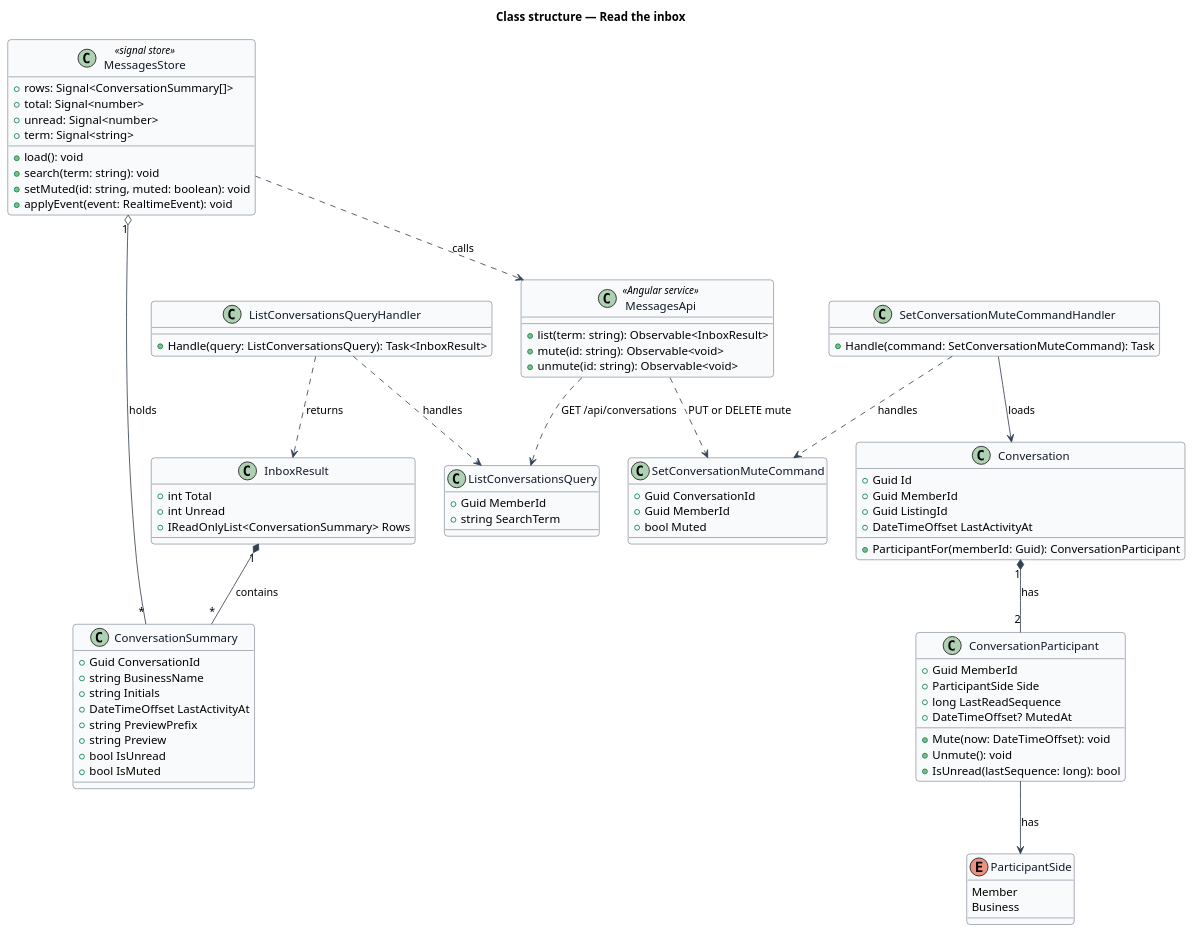
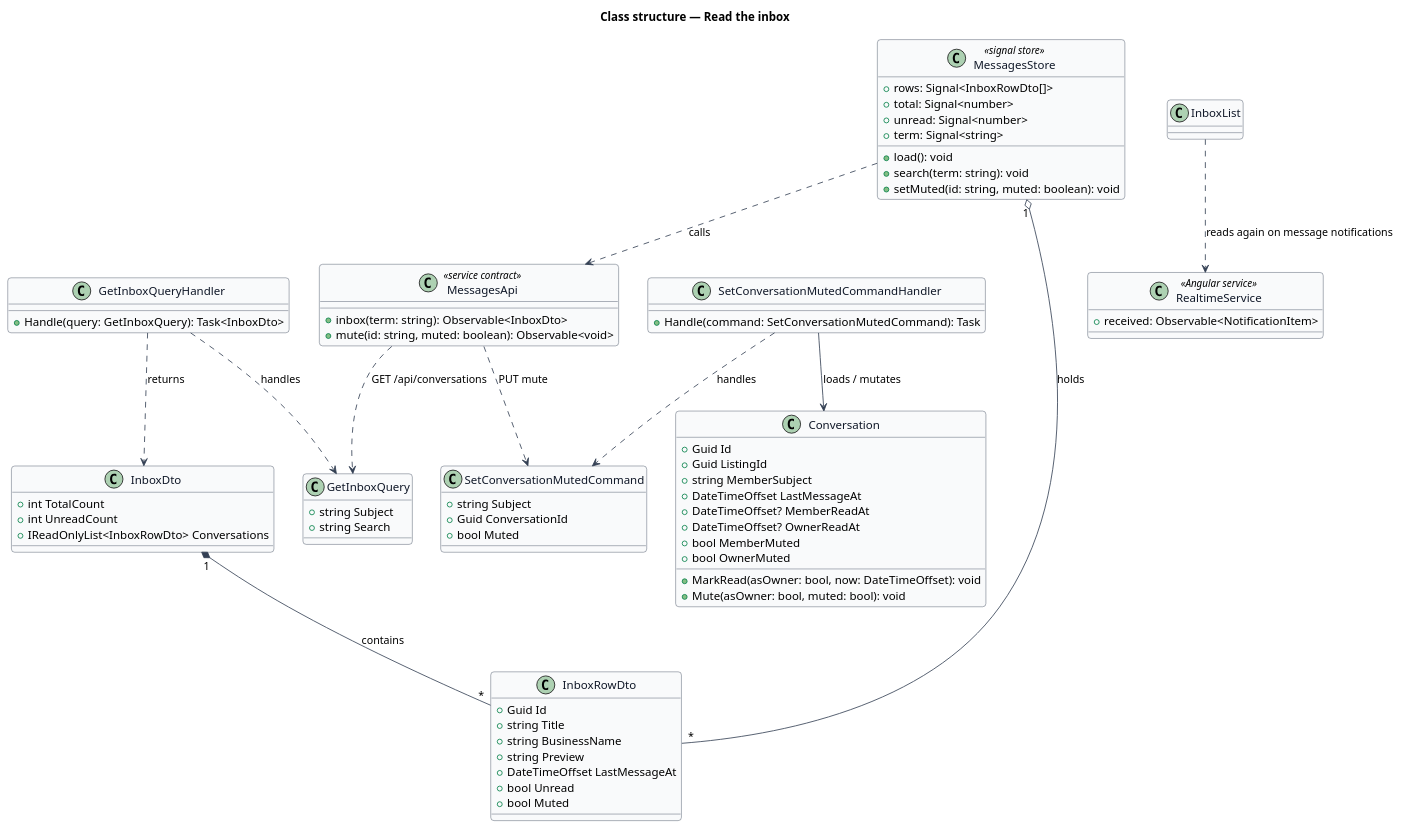
The diagram in docs/detailed-designs/messaging/read-inbox/diagrams/class-structure.puml (QuinntyneBrown/jubilee), drawn with PlantUML before and after one commit. The commit also changed 106 other files, not shown here.

```diff
--- a/docs/detailed-designs/messaging/read-inbox/diagrams/class-structure.puml
+++ b/docs/detailed-designs/messaging/read-inbox/diagrams/class-structure.puml
@@ -1,93 +1,84 @@
 @startuml
 ' --- shared skin header ---
 skinparam backgroundColor #FFFFFF
 skinparam shadowing false
 skinparam roundcorner 8
 skinparam defaultFontName Arial
 skinparam ArrowColor #344054
 skinparam class {
   BorderColor #344054
   FontColor #101828
   BackgroundColor #F9FAFB
 }
 ' --------------------------
 title Class structure — Read the inbox
 
 class MessagesStore <<signal store>> {
-  +rows: Signal<ConversationSummary[]>
+  +rows: Signal<InboxRowDto[]>
   +total: Signal<number>
   +unread: Signal<number>
   +term: Signal<string>
   +load(): void
   +search(term: string): void
   +setMuted(id: string, muted: boolean): void
-  +applyEvent(event: RealtimeEvent): void
 }
-class MessagesApi <<Angular service>> {
-  +list(term: string): Observable<InboxResult>
-  +mute(id: string): Observable<void>
-  +unmute(id: string): Observable<void>
+class RealtimeService <<Angular service>> {
+  +received: Observable<NotificationItem>
 }
-class ListConversationsQuery {
-  +Guid MemberId
-  +string SearchTerm
+class MessagesApi <<service contract>> {
+  +inbox(term: string): Observable<InboxDto>
+  +mute(id: string, muted: boolean): Observable<void>
 }
-class ListConversationsQueryHandler {
-  +Handle(query: ListConversationsQuery): Task<InboxResult>
+class GetInboxQuery {
+  +string Subject
+  +string Search
 }
-class InboxResult {
-  +int Total
-  +int Unread
-  +IReadOnlyList<ConversationSummary> Rows
+class GetInboxQueryHandler {
+  +Handle(query: GetInboxQuery): Task<InboxDto>
 }
-class ConversationSummary {
-  +Guid ConversationId
+class InboxDto {
+  +int TotalCount
+  +int UnreadCount
+  +IReadOnlyList<InboxRowDto> Conversations
+}
+class InboxRowDto {
+  +Guid Id
+  +string Title
   +string BusinessName
-  +string Initials
-  +DateTimeOffset LastActivityAt
-  +string PreviewPrefix
   +string Preview
-  +bool IsUnread
-  +bool IsMuted
-}
-class SetConversationMuteCommand {
-  +Guid ConversationId
-  +Guid MemberId
+  +DateTimeOffset LastMessageAt
+  +bool Unread
   +bool Muted
 }
-class SetConversationMuteCommandHandler {
-  +Handle(command: SetConversationMuteCommand): Task
+class SetConversationMutedCommand {
+  +string Subject
+  +Guid ConversationId
+  +bool Muted
+}
+class SetConversationMutedCommandHandler {
+  +Handle(command: SetConversationMutedCommand): Task
 }
 class Conversation {
   +Guid Id
-  +Guid MemberId
   +Guid ListingId
-  +DateTimeOffset LastActivityAt
-  +ParticipantFor(memberId: Guid): ConversationParticipant
-}
-class ConversationParticipant {
-  +Guid MemberId
-  +ParticipantSide Side
-  +long LastReadSequence
-  +DateTimeOffset? MutedAt
-  +Mute(now: DateTimeOffset): void
-  +Unmute(): void
-  +IsUnread(lastSequence: long): bool
-}
-enum ParticipantSide {
-  Member
-  Business
+  +string MemberSubject
+  +DateTimeOffset LastMessageAt
+  +DateTimeOffset? MemberReadAt
+  +DateTimeOffset? OwnerReadAt
+  +bool MemberMuted
+  +bool OwnerMuted
+  +MarkRead(asOwner: bool, now: DateTimeOffset): void
+  +Mute(asOwner: bool, muted: bool): void
 }
 
 MessagesStore ..> MessagesApi : calls
-MessagesStore "1" o-- "*" ConversationSummary : holds
-MessagesApi ..> ListConversationsQuery : GET /api/conversations
-MessagesApi ..> SetConversationMuteCommand : PUT or DELETE mute
-ListConversationsQueryHandler ..> ListConversationsQuery : handles
-ListConversationsQueryHandler ..> InboxResult : returns
-InboxResult "1" *-- "*" ConversationSummary : contains
-SetConversationMuteCommandHandler ..> SetConversationMuteCommand : handles
-SetConversationMuteCommandHandler --> Conversation : loads
-Conversation "1" *-- "2" ConversationParticipant : has
-ConversationParticipant --> ParticipantSide : has
+InboxList ..> RealtimeService : reads again on message notifications
+MessagesStore "1" o-- "*" InboxRowDto : holds
+MessagesApi ..> GetInboxQuery : GET /api/conversations
+MessagesApi ..> SetConversationMutedCommand : PUT mute
+GetInboxQueryHandler ..> GetInboxQuery : handles
+GetInboxQueryHandler ..> InboxDto : returns
+InboxDto "1" *-- "*" InboxRowDto : contains
+SetConversationMutedCommandHandler ..> SetConversationMutedCommand : handles
+SetConversationMutedCommandHandler --> Conversation : loads / mutates
 @enduml
```
